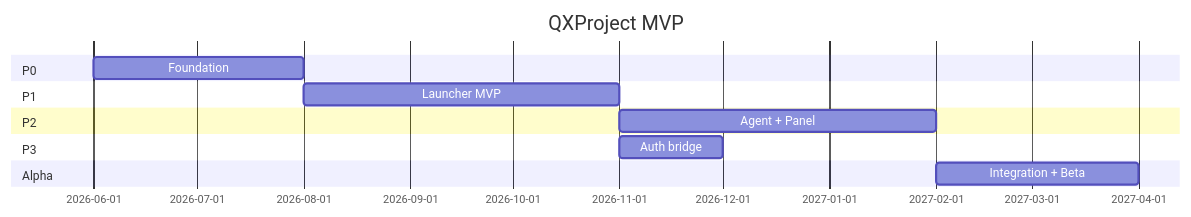
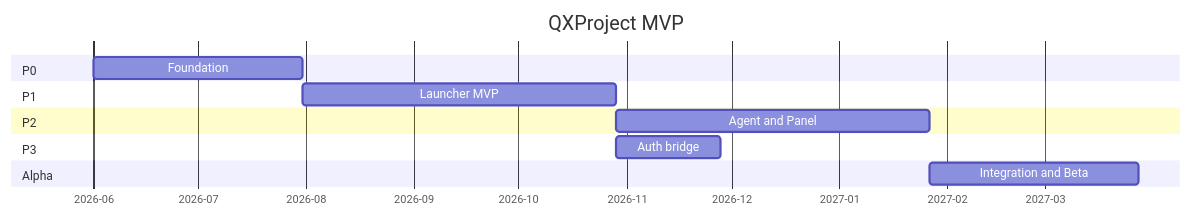
The second of 2 diagrams in docs/mvp.md (mindevis/qx-project), drawn with Mermaid before and after one commit. The commit also changed 46 other files, not shown here.

````diff
--- a/docs/mvp.md
+++ b/docs/mvp.md
@@ -352,15 +352,16 @@
 ```mermaid
 gantt
     title QXProject MVP
-    dateFormat YYYY-MM
+    dateFormat YYYY-MM-DD
+    axisFormat %Y-%m
     section P0
-    Foundation           :p0, 2026-06, 2M
+    Foundation           :p0, 2026-06-01, 60d
     section P1
-    Launcher MVP         :p1, after p0, 3M
+    Launcher MVP         :p1, after p0, 90d
     section P2
-    Agent + Panel        :p2, after p1, 3M
+    Agent and Panel      :p2, after p1, 90d
     section P3
-    Auth bridge          :p3, after p1, 1M
+    Auth bridge          :p3, after p1, 30d
     section Alpha
-    Integration + Beta   :alpha, after p2, 2M
+    Integration and Beta :alpha, after p2, 60d
 ```
````
